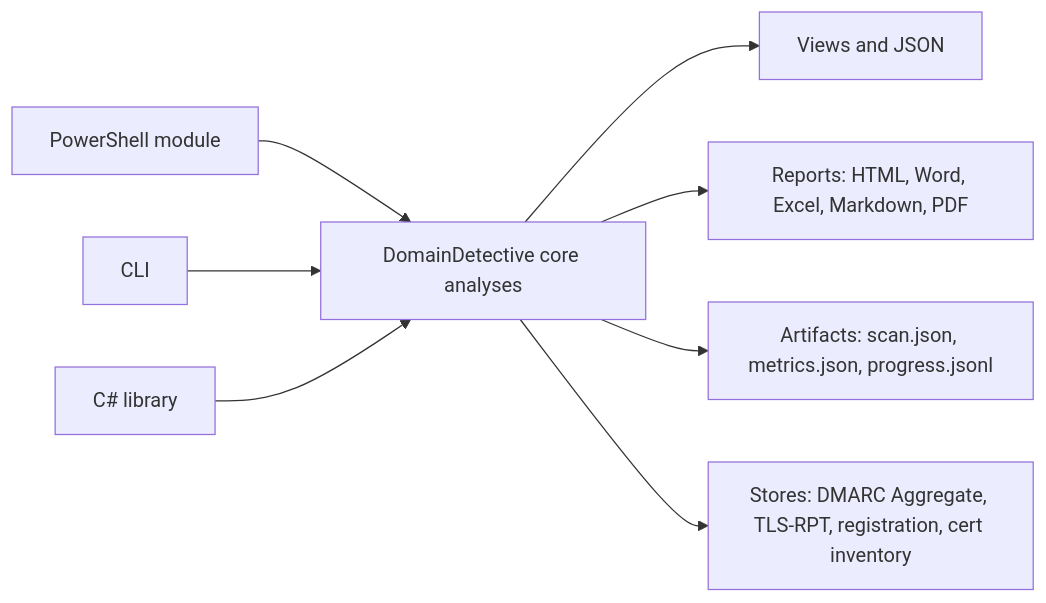
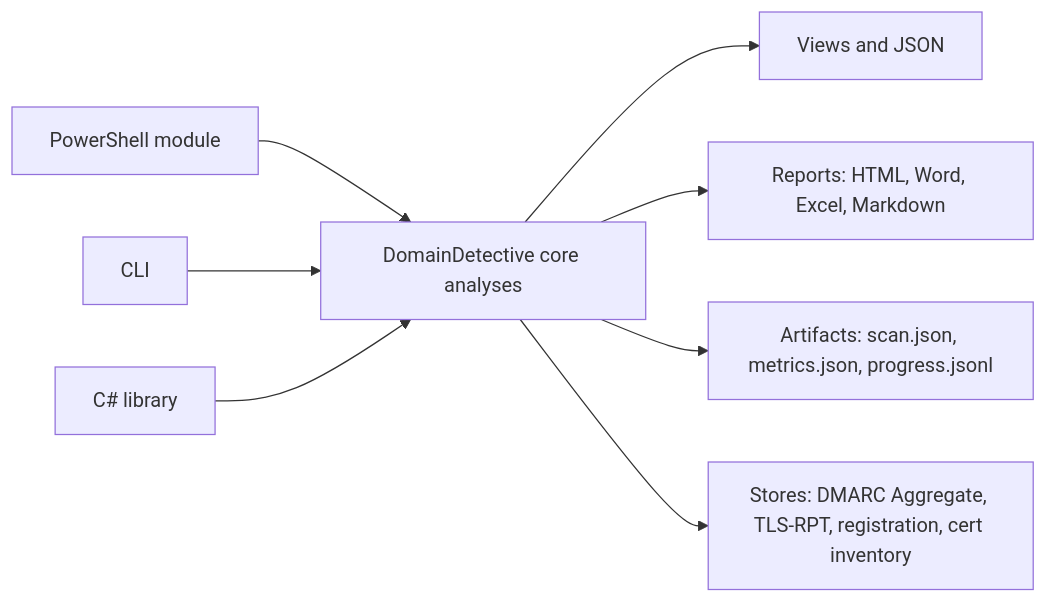
One commit to EvotecIT/DomainDetective changed the diagram in README.MD. Above: the diagram before and after it, drawn with Mermaid. The commit also changed other lines of this file and 18 other files, not shown here.

First line of the commit message:
refactor(reports): 🔥 remove standalone PDF report package

````diff
--- a/README.MD
+++ b/README.MD
@@ -35,10 +35,10 @@
 ```mermaid
 flowchart LR
     A["PowerShell module"] --> D["DomainDetective core analyses"]
     B["CLI"] --> D
     C["C# library"] --> D
     D --> E["Views and JSON"]
-    D --> F["Reports: HTML, Word, Excel, Markdown, PDF"]
+    D --> F["Reports: HTML, Word, Excel, Markdown"]
     D --> G["Artifacts: scan.json, metrics.json, progress.jsonl"]
     D --> H["Stores: DMARC Aggregate, TLS-RPT, registration, cert inventory"]
 ```
````
